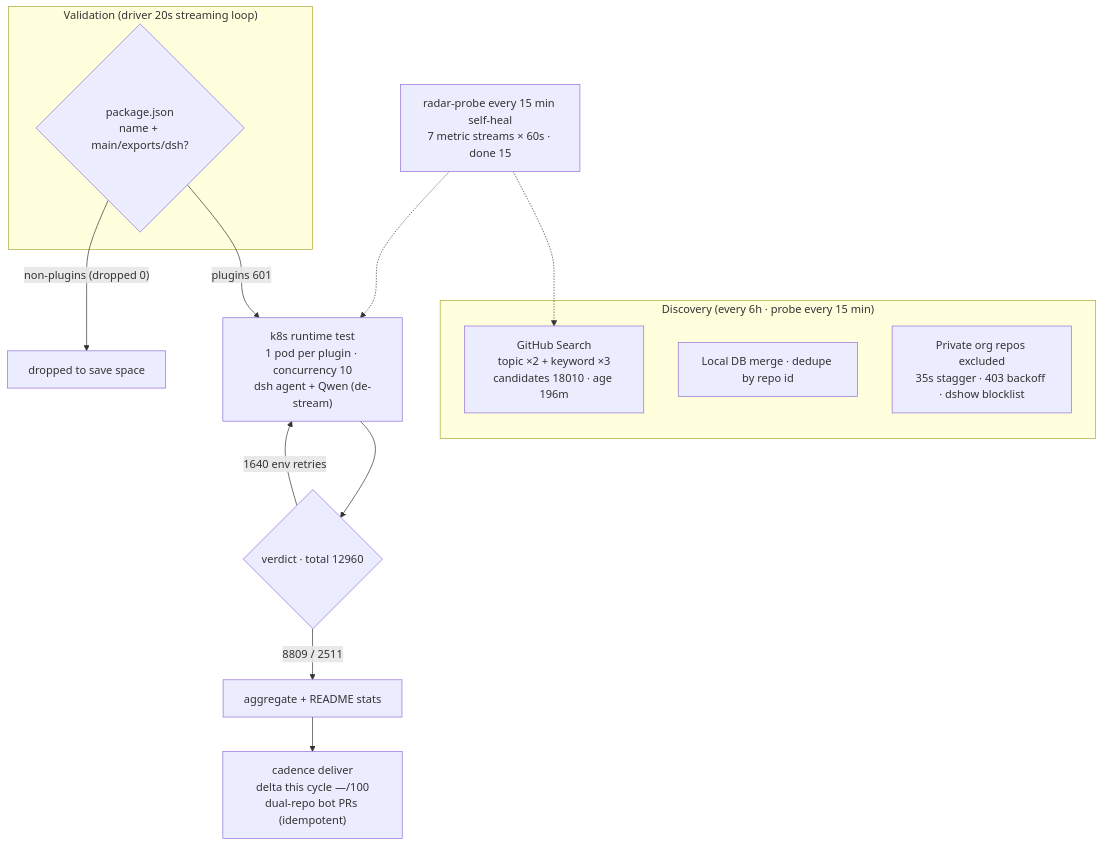
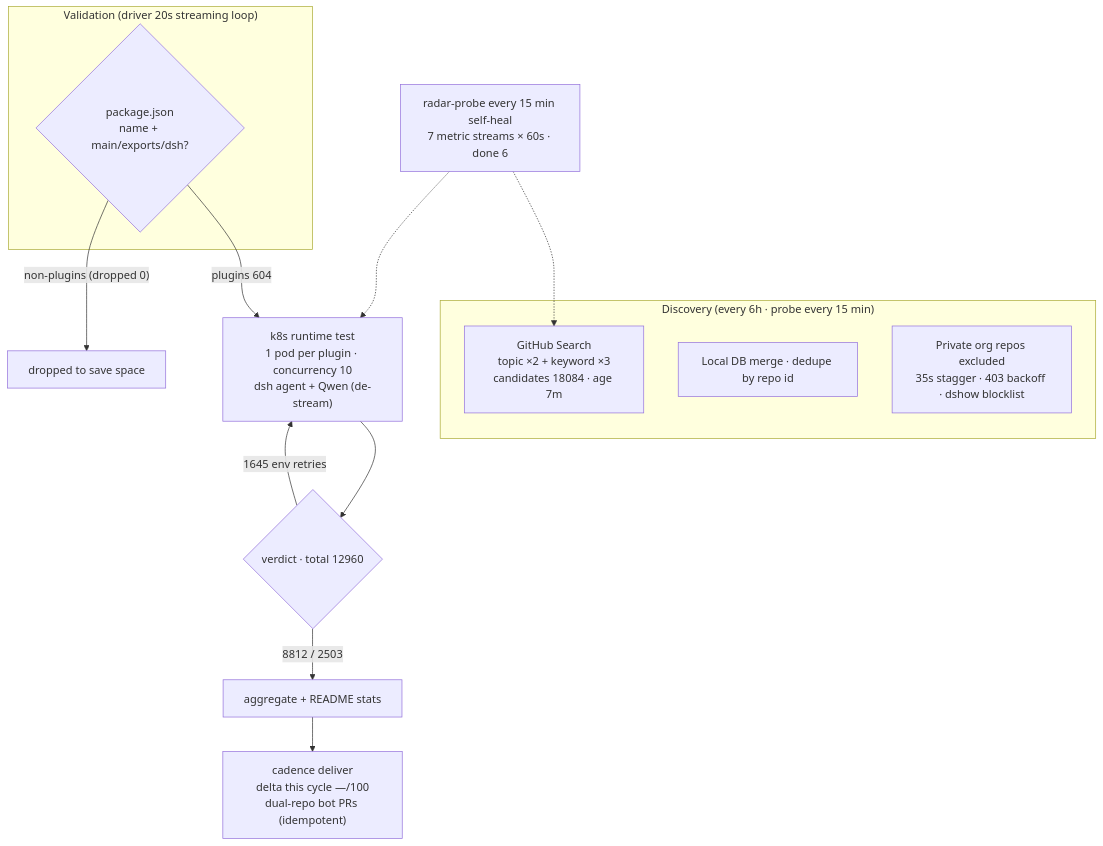
Before and after one commit to AdamPlatin123/awesome-dsh-plugins: the diagram in README.en-US.md, drawn with Mermaid. The commit also changed other lines of this file and 5 other files, not shown here.

````diff
--- a/README.en-US.md
+++ b/README.en-US.md
@@ -45,20 +45,20 @@
 ```mermaid
 flowchart TB
     subgraph Discovery["Discovery (every 6h · probe every 15 min)"]
-        A1["GitHub Search<br/>topic ×2 + keyword ×3<br/>candidates 18010 · age 196m"]
+        A1["GitHub Search<br/>topic ×2 + keyword ×3<br/>candidates 18084 · age 7m"]
         A2["Local DB merge · dedupe by repo id"]
         A3["Private org repos excluded<br/>35s stagger · 403 backoff · dshow blocklist"]
     end
     subgraph Validation["Validation (driver 20s streaming loop)"]
         B1{"package.json<br/>name + main/exports/dsh?"}
     end
-    B1 -->|"plugins 601"| C1["k8s runtime test<br/>1 pod per plugin · concurrency 10<br/>dsh agent + Qwen (de-stream)"]
+    B1 -->|"plugins 604"| C1["k8s runtime test<br/>1 pod per plugin · concurrency 10<br/>dsh agent + Qwen (de-stream)"]
     B1 -->|"non-plugins (dropped 0)"| B3["dropped to save space"]
     C1 --> D1{"verdict · total 12960"}
-    D1 -->|"8809 / 2511"| E1["aggregate + README stats"]
-    D1 -->|"1640 env retries"| C1
+    D1 -->|"8812 / 2503"| E1["aggregate + README stats"]
+    D1 -->|"1645 env retries"| C1
     E1 --> E2["cadence deliver<br/>delta this cycle —/100<br/>dual-repo bot PRs (idempotent)"]
-    M["radar-probe every 15 min self-heal<br/>7 metric streams × 60s · done 15"]
+    M["radar-probe every 15 min self-heal<br/>7 metric streams × 60s · done 6"]
     M -.-> A1
     M -.-> C1
 ```
````
